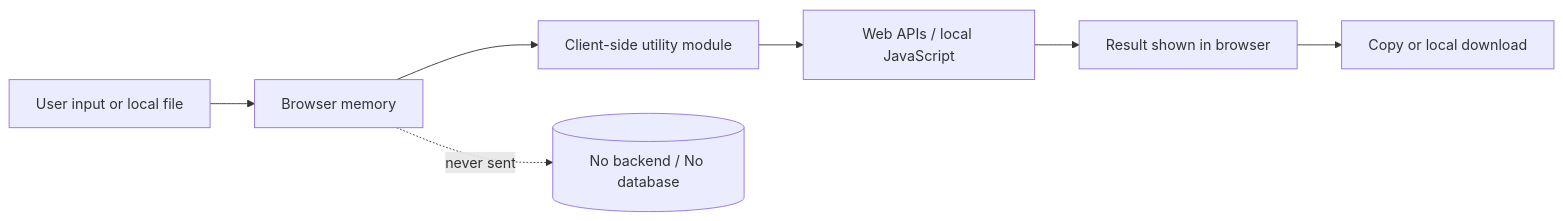
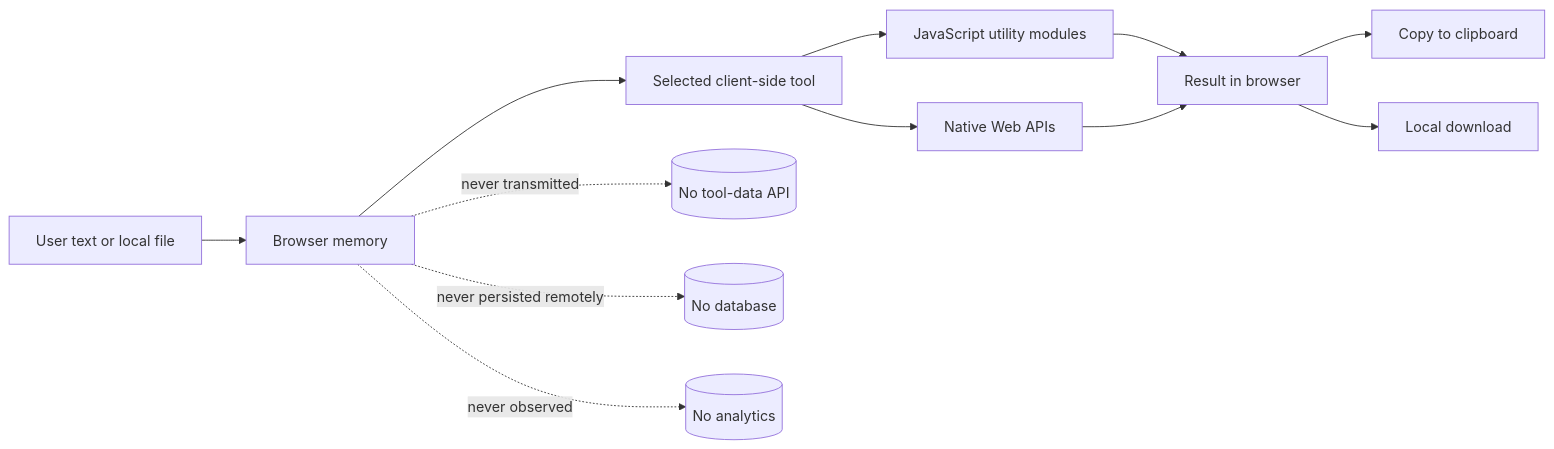
The first of 4 diagrams in readme.md (CollabCircle-Official/DevKitCircle), drawn with Mermaid before and after one commit. The commit also changed other lines of this file and 3 other files, not shown here.

````diff
--- a/readme.md
+++ b/readme.md
@@ -9,9 +63,15 @@
 ```mermaid
 flowchart LR
-    U[User input or local file] --> B[Browser memory]
-    B --> M[Client-side utility module]
-    M --> W[Web APIs / local JavaScript]
-    W --> R[Result shown in browser]
-    R --> C[Copy or local download]
-    B -. never sent .-> X[(No backend / No database)]
+    U[User text or local file] --> M[Browser memory]
+    M --> T[Selected client-side tool]
+    T --> J[JavaScript utility modules]
+    T --> W[Native Web APIs]
+    J --> R[Result in browser]
+    W --> R
+    R --> C[Copy to clipboard]
+    R --> D[Local download]
+
+    M -. never transmitted .-> X[(No tool-data API)]
+    M -. never persisted remotely .-> Y[(No database)]
+    M -. never observed .-> Z[(No analytics)]
 ```
````
